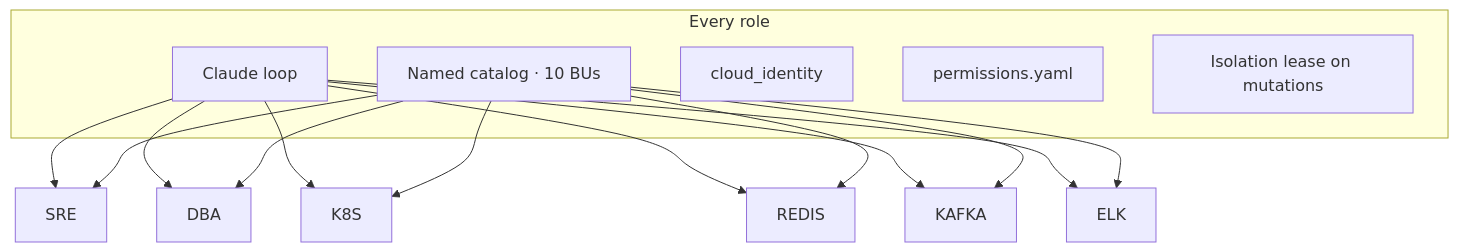
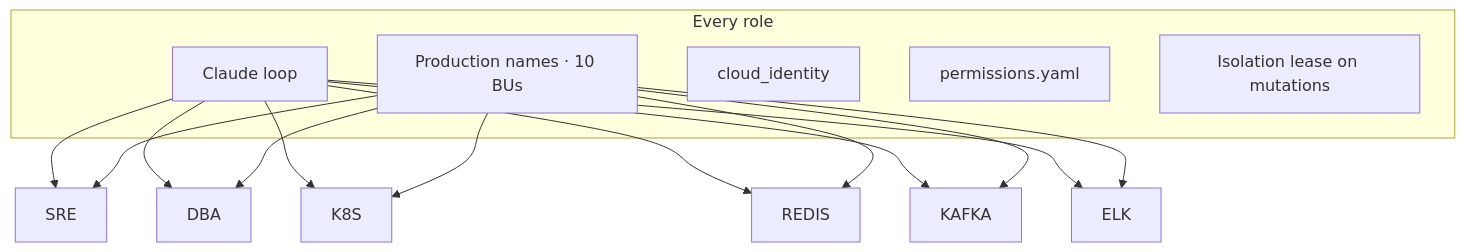
The seventh of 13 diagrams in docs/platform-diagrams.md (javakishore-veleti/claude-code-enterprise-it-harnessing), drawn with Mermaid before and after one commit. The commit also changed other lines of this file and 1 other file, not shown here.

Commit message:
Clarify that the 100 microservices are the live estate, not this repo.
Replace the confusing catalog phrasing with Current Enterprise IT State so readers do not think the repository ships those applications.

````diff
--- a/docs/platform-diagrams.md
+++ b/docs/platform-diagrams.md
@@ -243,23 +243,23 @@
 ```mermaid
 flowchart TB
   subgraph Shared["Every role"]
     Loop["Claude loop"]
-    Cat["Named catalog · 10 BUs"]
+    Cat["Production names · 10 BUs"]
     Id["cloud_identity"]
     Pol["permissions.yaml"]
     Ls["Isolation lease on mutations"]
   end
 
   Loop --> SRE
   Loop --> DBA
   Loop --> K8S
   Loop --> REDIS
   Loop --> KAFKA
   Loop --> ELK
   Cat --> SRE
   Cat --> DBA
   Cat --> K8S
   Cat --> REDIS
   Cat --> KAFKA
   Cat --> ELK
 ```
````
